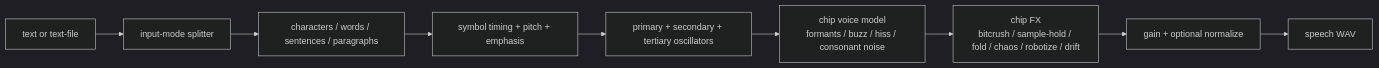
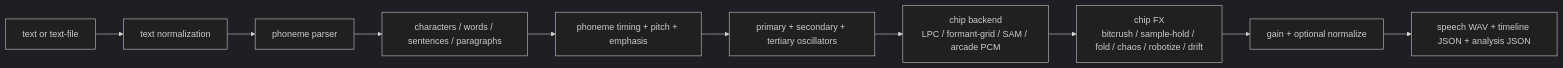
Before and after one commit to TheColby/UglySoundGenerator: the second of 5 diagrams in README.md, drawn with Mermaid (dark theme). The commit also changed other lines of this file and 5 other files, not shown here.

````diff
--- a/README.md
+++ b/README.md
@@ -303,11 +303,12 @@
 ```mermaid
 flowchart LR
-  text["text or text-file"] --> mode["input-mode splitter"]
-  mode --> units["characters / words / sentences / paragraphs"]
-  units --> params["symbol timing + pitch + emphasis"]
+  text["text or text-file"] --> normalizeText["text normalization"]
+  normalizeText --> parse["phoneme parser"]
+  parse --> mode["characters / words / sentences / paragraphs"]
+  mode --> params["phoneme timing + pitch + emphasis"]
   params --> osc["primary + secondary + tertiary oscillators"]
-  osc --> chip["chip voice model<br/>formants / buzz / hiss / consonant noise"]
+  osc --> chip["chip backend<br/>LPC / formant-grid / SAM / arcade PCM"]
   chip --> fx["chip FX<br/>bitcrush / sample-hold / fold / chaos / robotize / drift"]
-  fx --> norm["gain + optional normalize"]
-  norm --> wav["speech WAV"]
+  fx --> finish["gain + optional normalize"]
+  finish --> wav["speech WAV + timeline JSON + analysis JSON"]
 ```
````
